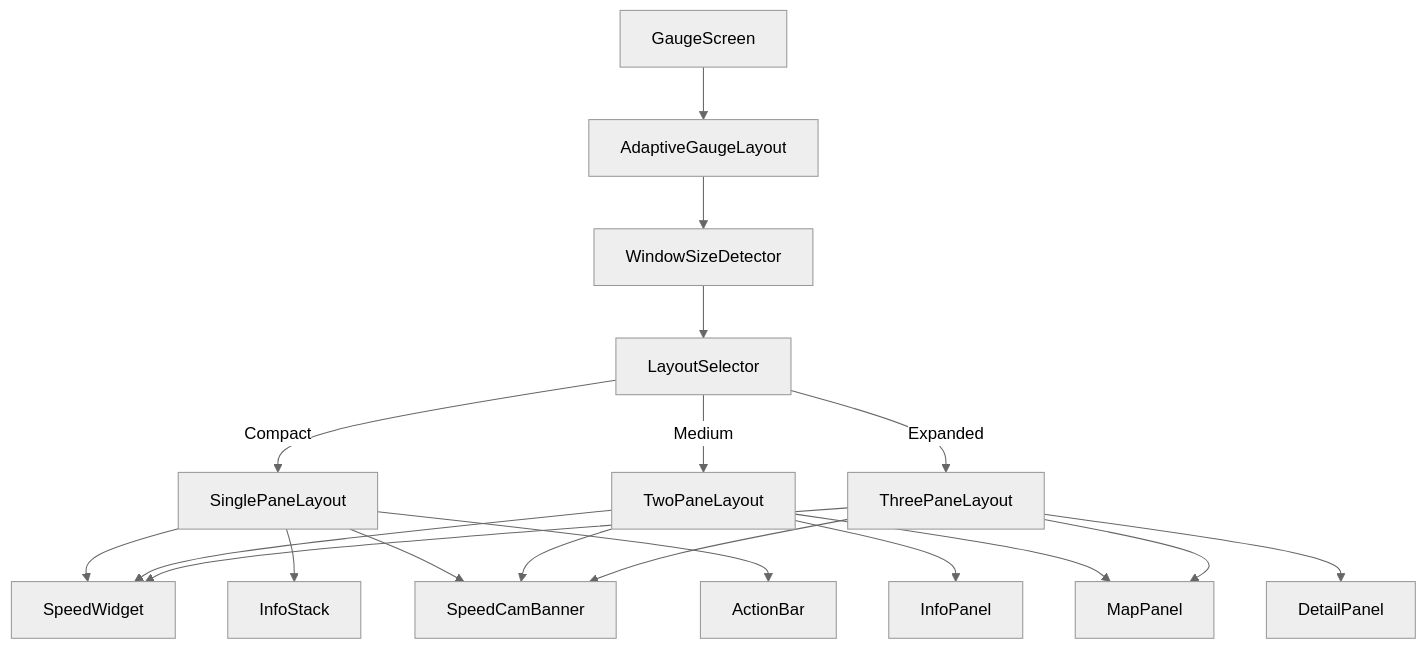
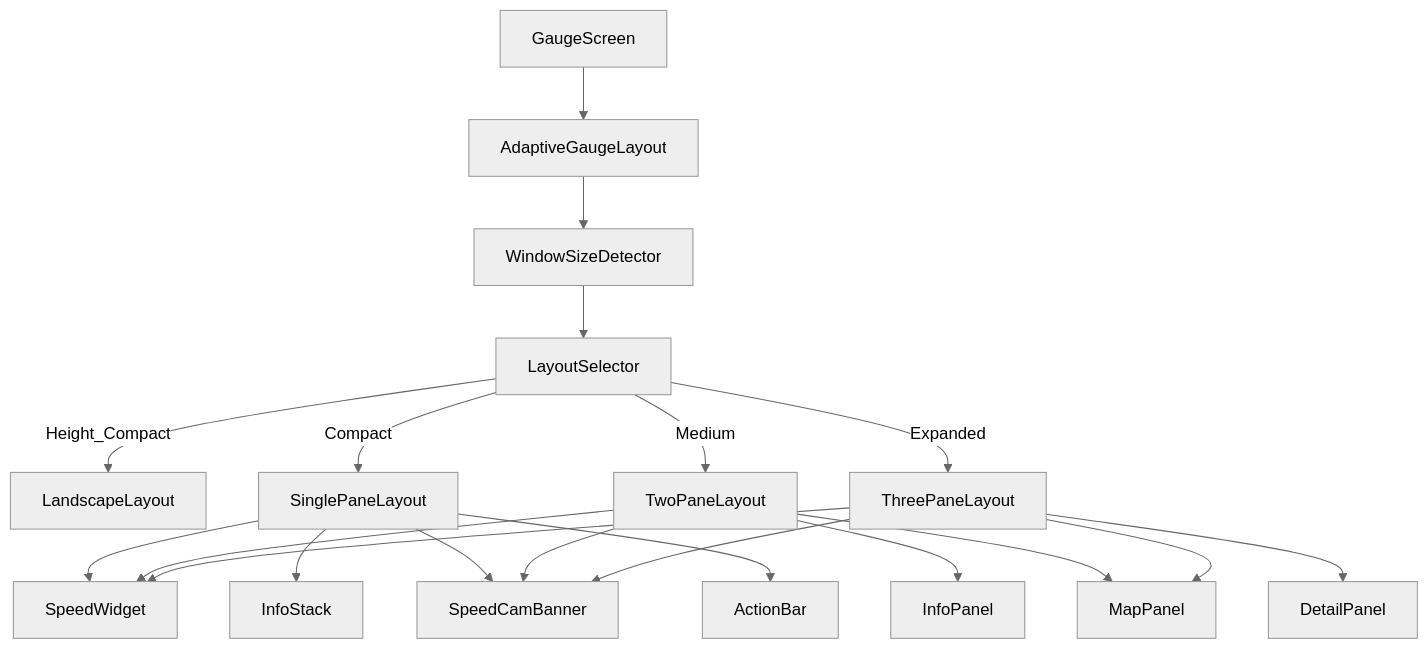
Before and after one commit to yskwon-wayforyou/MyT: the second of 4 diagrams in docs/05-design/adaptive-layout-design.md, drawn with Mermaid (neutral theme). The commit also changed other lines of this file and 330 other files, not shown here.

````diff
--- a/docs/05-design/adaptive-layout-design.md
+++ b/docs/05-design/adaptive-layout-design.md
@@ -41,25 +44,26 @@
 ```mermaid
 flowchart TB
   GaugeScreen --> AdaptiveGaugeLayout
   AdaptiveGaugeLayout --> WindowSizeDetector
   WindowSizeDetector --> LayoutSelector
 
+  LayoutSelector -->|Height_Compact| LandscapeLayout
   LayoutSelector -->|Compact| SinglePaneLayout
   LayoutSelector -->|Medium| TwoPaneLayout
   LayoutSelector -->|Expanded| ThreePaneLayout
 
   SinglePaneLayout --> SpeedWidget
   SinglePaneLayout --> InfoStack
   SinglePaneLayout --> SpeedCamBanner
   SinglePaneLayout --> ActionBar
 
   TwoPaneLayout --> SpeedWidget
   TwoPaneLayout --> InfoPanel
   TwoPaneLayout --> MapPanel
   TwoPaneLayout --> SpeedCamBanner
 
   ThreePaneLayout --> SpeedWidget
   ThreePaneLayout --> MapPanel
   ThreePaneLayout --> DetailPanel
   ThreePaneLayout --> SpeedCamBanner
 ```
````
